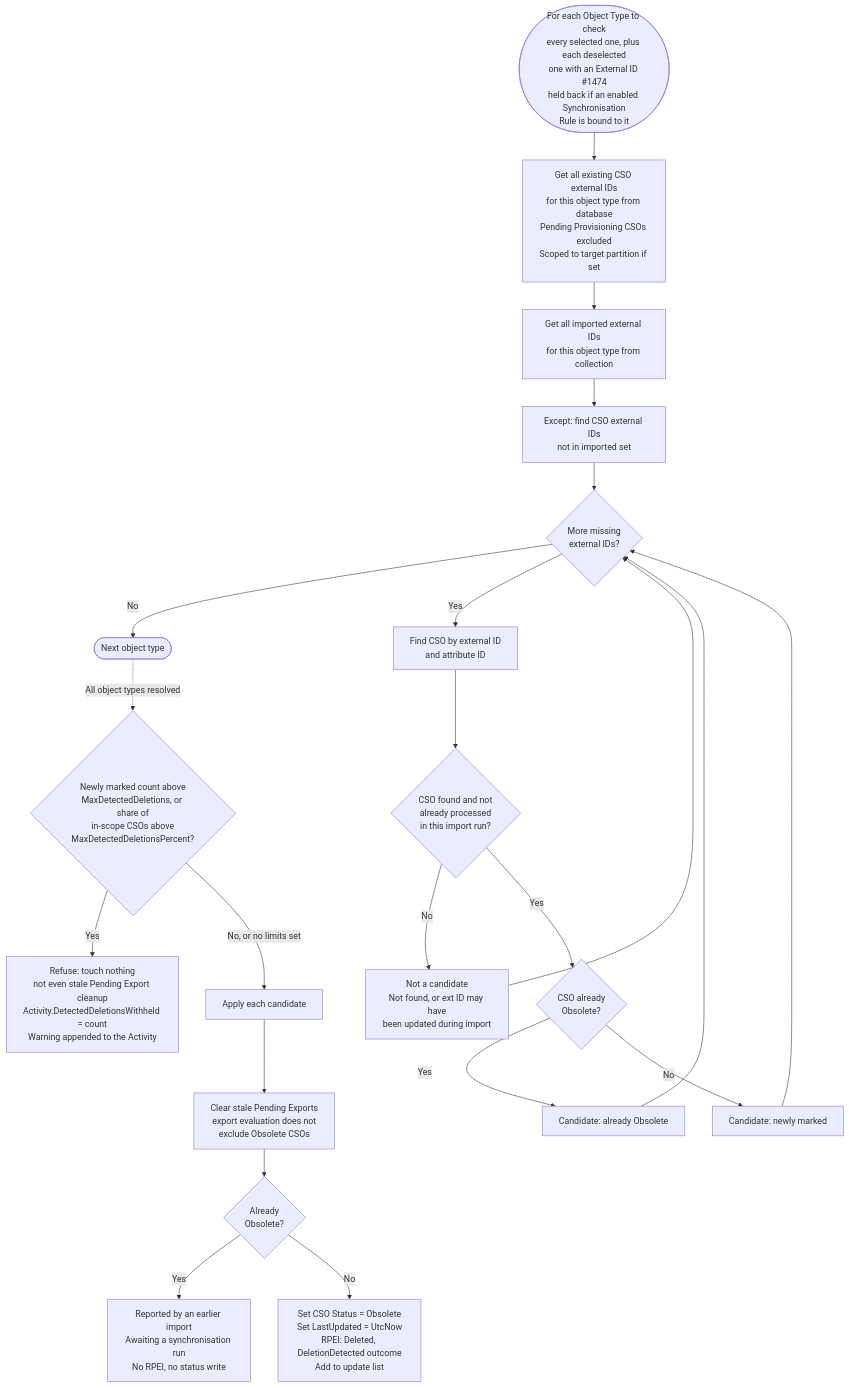
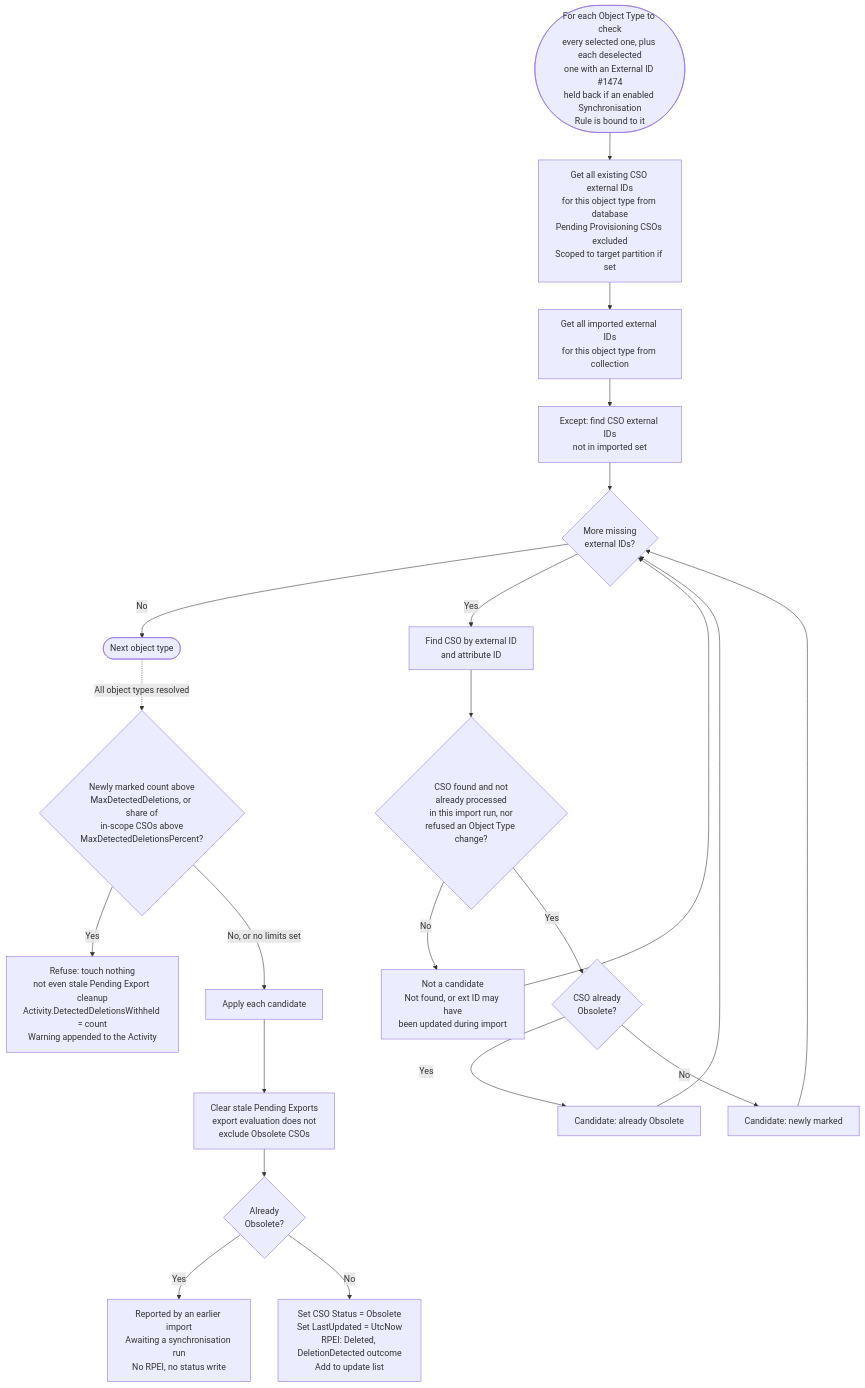
One commit to TetronIO/JIM changed the third of 6 diagrams in docs/developer/diagrams/FULL_IMPORT_FLOW.md. Above: the diagram before and after it, drawn with Mermaid. The commit also changed other lines of this file and 9 other files, not shown here.

First line of the commit message:
docs(#2049): explain Object Type changes and how to carry one out

````diff
--- a/docs/developer/diagrams/FULL_IMPORT_FLOW.md
+++ b/docs/developer/diagrams/FULL_IMPORT_FLOW.md
@@ -156,25 +162,25 @@
 ```mermaid
 flowchart TD
     Start([For each Object Type to check<br/>every selected one, plus each deselected<br/>one with an External ID #1474<br/>held back if an enabled Synchronisation<br/>Rule is bound to it]) --> GetExisting[Get all existing CSO external IDs<br/>for this object type from database<br/>Pending Provisioning CSOs excluded<br/>Scoped to target partition if set]
     GetExisting --> GetImported[Get all imported external IDs<br/>for this object type from collection]
     GetImported --> Compare[Except: find CSO external IDs<br/>not in imported set]
     Compare --> Loop{More missing<br/>external IDs?}
     Loop -->|No| NextType([Next object type])
     Loop -->|Yes| FindCso[Find CSO by external ID<br/>and attribute ID]
-    FindCso --> Found{CSO found and not<br/>already processed<br/>in this import run?}
+    FindCso --> Found{CSO found and not<br/>already processed<br/>in this import run, nor<br/>refused an Object Type change?}
     Found -->|No| Drop[Not a candidate<br/>Not found, or ext ID may have<br/>been updated during import]
     Drop --> Loop
     Found -->|Yes| Classify{CSO already<br/>Obsolete?}
     Classify -->|Yes| AlreadyObsolete[Candidate: already Obsolete]
     Classify -->|No| NewlyMarked[Candidate: newly marked]
     AlreadyObsolete --> Loop
     NewlyMarked --> Loop
 
     NextType -.->|All object types resolved| Limits{Newly marked count above<br/>MaxDetectedDeletions, or share of<br/>in-scope CSOs above<br/>MaxDetectedDeletionsPercent?}
     Limits -->|Yes| Refuse[Refuse: touch nothing<br/>not even stale Pending Export cleanup<br/>Activity.DetectedDeletionsWithheld = count<br/>Warning appended to the Activity]
     Limits -->|No, or no limits set| Apply[Apply each candidate]
     Apply --> ClearPes[Clear stale Pending Exports<br/>export evaluation does not<br/>exclude Obsolete CSOs]
     ClearPes --> WasObsolete{Already<br/>Obsolete?}
     WasObsolete -->|Yes| StillGone[Reported by an earlier import<br/>Awaiting a synchronisation run<br/>No RPEI, no status write]
     WasObsolete -->|No| Obsolete[Set CSO Status = Obsolete<br/>Set LastUpdated = UtcNow<br/>RPEI: Deleted, DeletionDetected outcome<br/>Add to update list]
 ```
````
